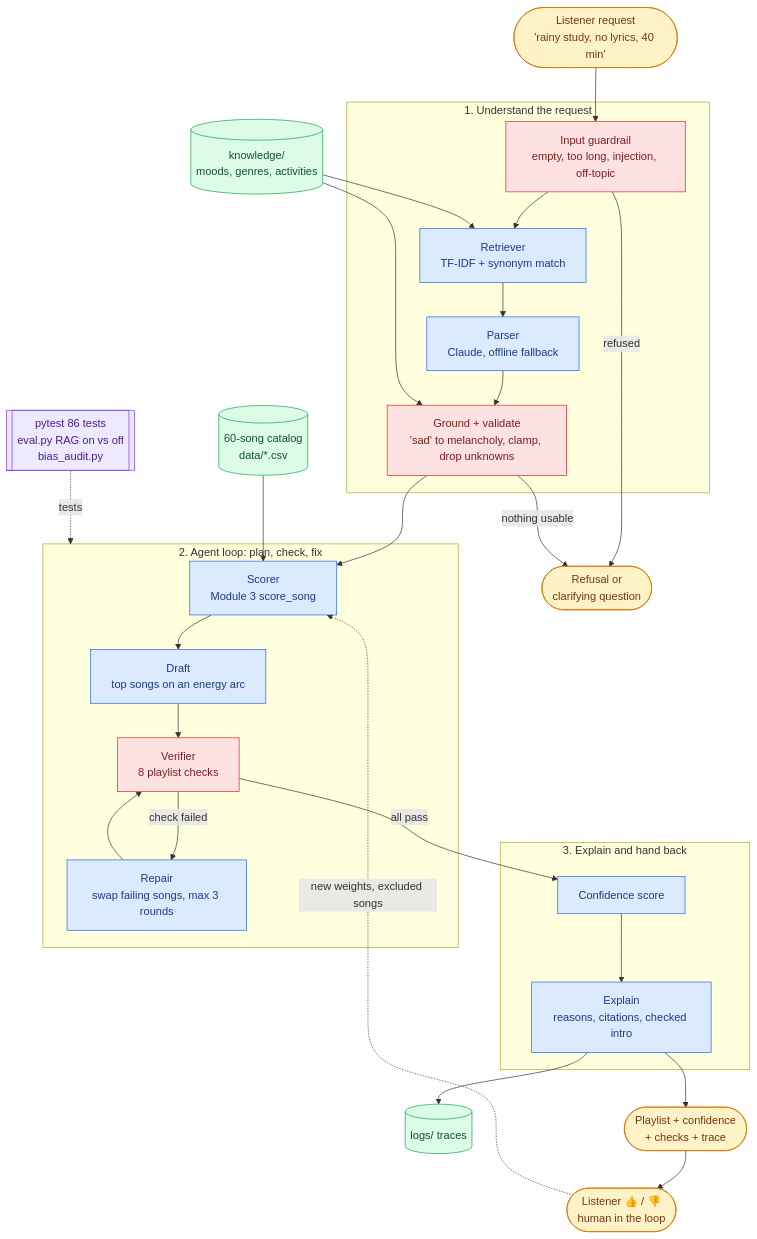
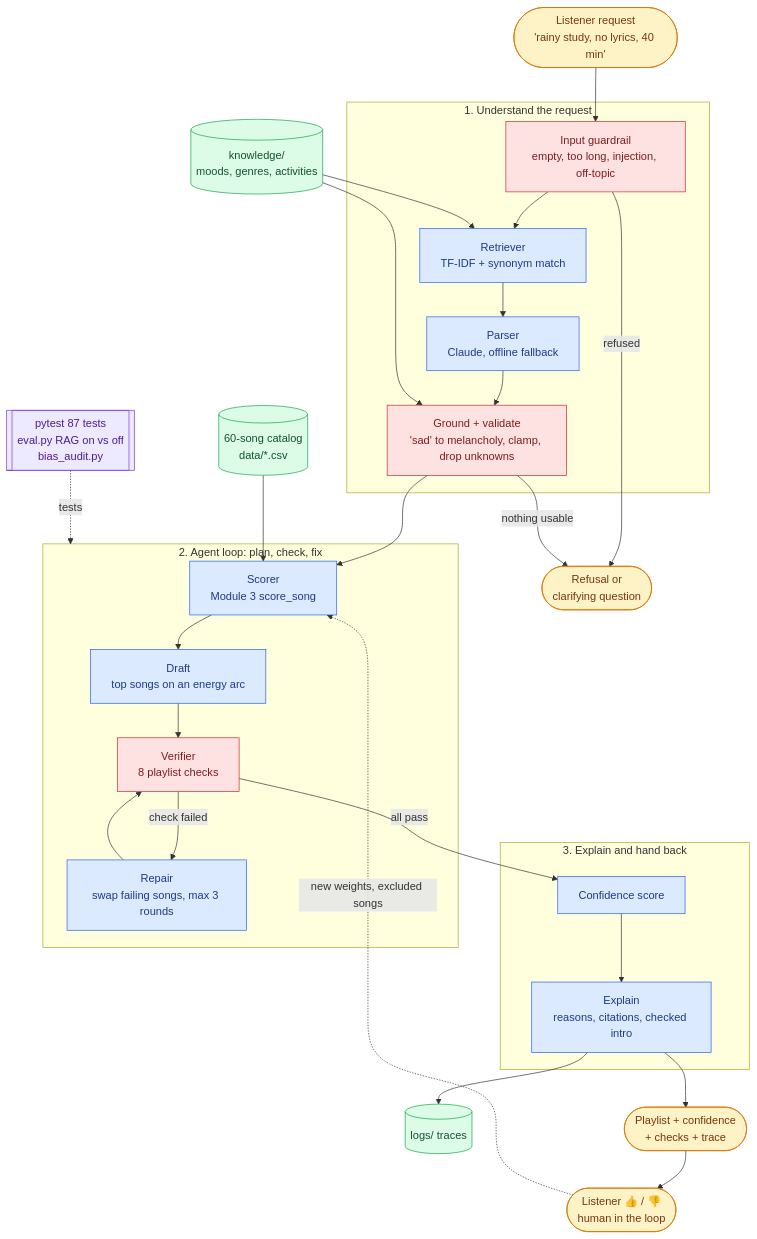
The diagram in diagrams/architecture.mmd (hainguyen17/applied-ai-system-project), drawn with Mermaid before and after one commit. The commit also changed 2 other files, not shown here.

Commit message:
Update docs for 87 tests and the trace-write guardrail

```diff
--- a/diagrams/architecture.mmd
+++ b/diagrams/architecture.mmd
@@ -1,49 +1,49 @@
 flowchart TD
     classDef human fill:#fef3c7,stroke:#d97706,color:#78350f
     classDef ai fill:#dbeafe,stroke:#2563eb,color:#1e3a8a
     classDef guard fill:#fee2e2,stroke:#dc2626,color:#7f1d1d
     classDef data fill:#dcfce7,stroke:#16a34a,color:#14532d
     classDef test fill:#ede9fe,stroke:#7c3aed,color:#4c1d95
 
     U([Listener request<br/>'rainy study, no lyrics, 40 min']):::human
 
     subgraph S1 [1. Understand the request]
         G1[Input guardrail<br/>empty, too long, injection, off-topic]:::guard
         R[Retriever<br/>TF-IDF + synonym match]:::ai
         P[Parser<br/>Claude, offline fallback]:::ai
         GR[Ground + validate<br/>'sad' to melancholy, clamp, drop unknowns]:::guard
     end
 
     subgraph S2 [2. Agent loop: plan, check, fix]
         S[Scorer<br/>Module 3 score_song]:::ai
         D[Draft<br/>top songs on an energy arc]:::ai
         V[Verifier<br/>8 playlist checks]:::guard
         RP[Repair<br/>swap failing songs, max 3 rounds]:::ai
     end
 
     subgraph S3 [3. Explain and hand back]
         C[Confidence score]:::ai
         E[Explain<br/>reasons, citations, checked intro]:::ai
     end
 
     KB[(knowledge/<br/>moods, genres, activities)]:::data
     CAT[(60-song catalog<br/>data/*.csv)]:::data
     LOG[(logs/ traces)]:::data
 
     STOP([Refusal or<br/>clarifying question]):::human
     OUT([Playlist + confidence<br/>+ checks + trace]):::human
     FB([Listener 👍 / 👎<br/>human in the loop]):::human
-    T[[pytest 86 tests<br/>eval.py RAG on vs off<br/>bias_audit.py]]:::test
+    T[[pytest 87 tests<br/>eval.py RAG on vs off<br/>bias_audit.py]]:::test
 
     U --> G1 --> R --> P --> GR --> S
     KB --> R
     KB --> GR
     G1 -- refused --> STOP
     GR -- nothing usable --> STOP
     CAT --> S --> D --> V
     V -- check failed --> RP --> V
     V -- all pass --> C --> E --> OUT
     E --> LOG
     OUT --> FB
     FB -. new weights, excluded songs .-> S
     T -. tests .-> S2
```
